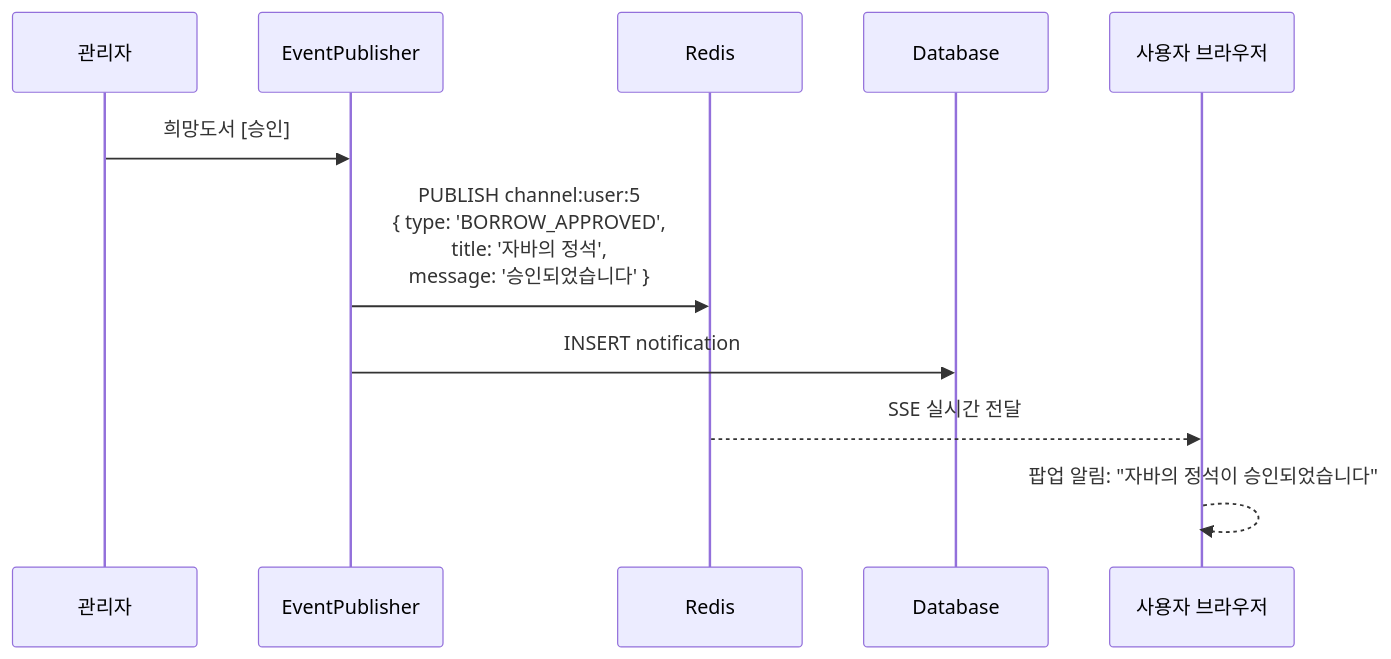
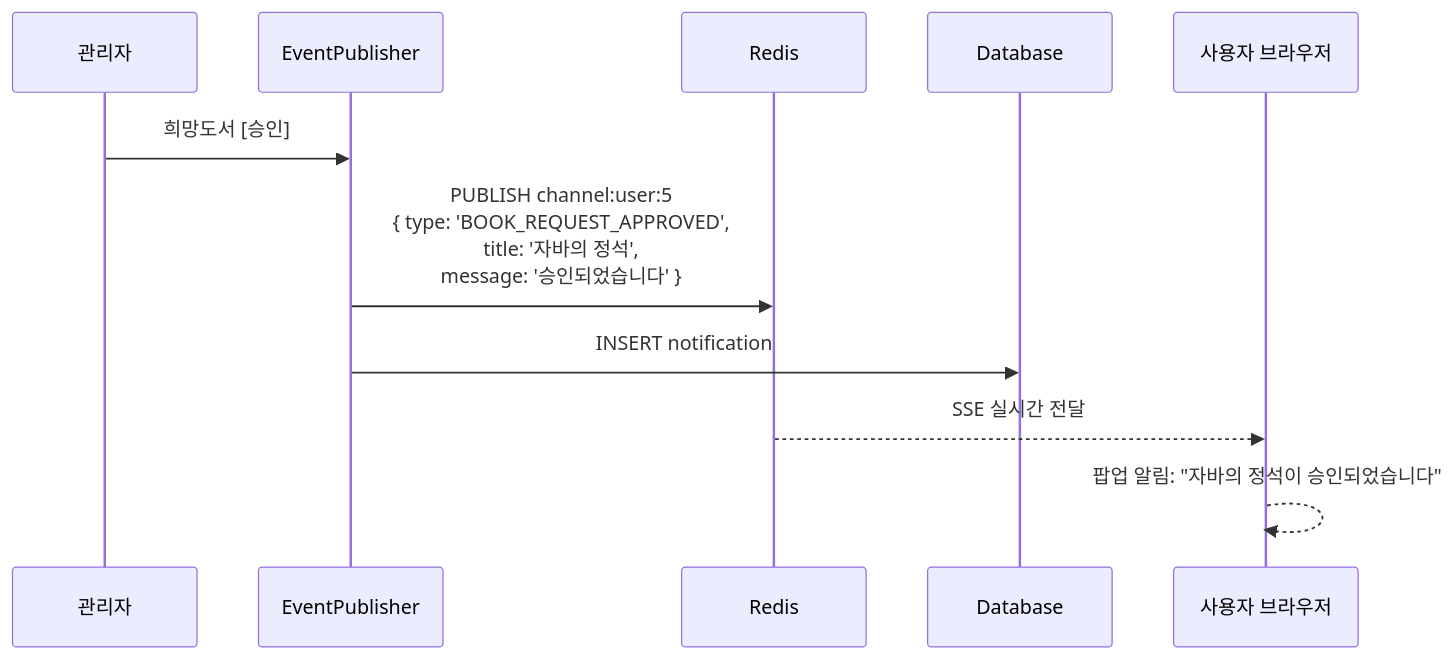
Before and after one commit to Boogieman-lab/book-management-system: the fifth of 7 diagrams in docs/02_design/architecture/sequence/notification_sequence.md, drawn with Mermaid. The commit also changed other lines of this file and 7 other files, not shown here.

````diff
--- a/docs/02_design/architecture/sequence/notification_sequence.md
+++ b/docs/02_design/architecture/sequence/notification_sequence.md
@@ -149,15 +149,15 @@
 ```mermaid
 sequenceDiagram
     participant Admin as 관리자
     participant Event as EventPublisher
     participant Redis as Redis
     participant DB as Database
     participant Client as 사용자 브라우저
 
     Admin->>Event: 희망도서 [승인]
-    Event->>Redis: PUBLISH channel:user:5<br>{ type: 'BORROW_APPROVED',<br>title: '자바의 정석',<br>message: '승인되었습니다' }
+    Event->>Redis: PUBLISH channel:user:5<br>{ type: 'BOOK_REQUEST_APPROVED',<br>title: '자바의 정석',<br>message: '승인되었습니다' }
     Event->>DB: INSERT notification
 
     Redis-->>Client: SSE 실시간 전달
     Client-->>Client: 팝업 알림: "자바의 정석이 승인되었습니다"
 ```
````
